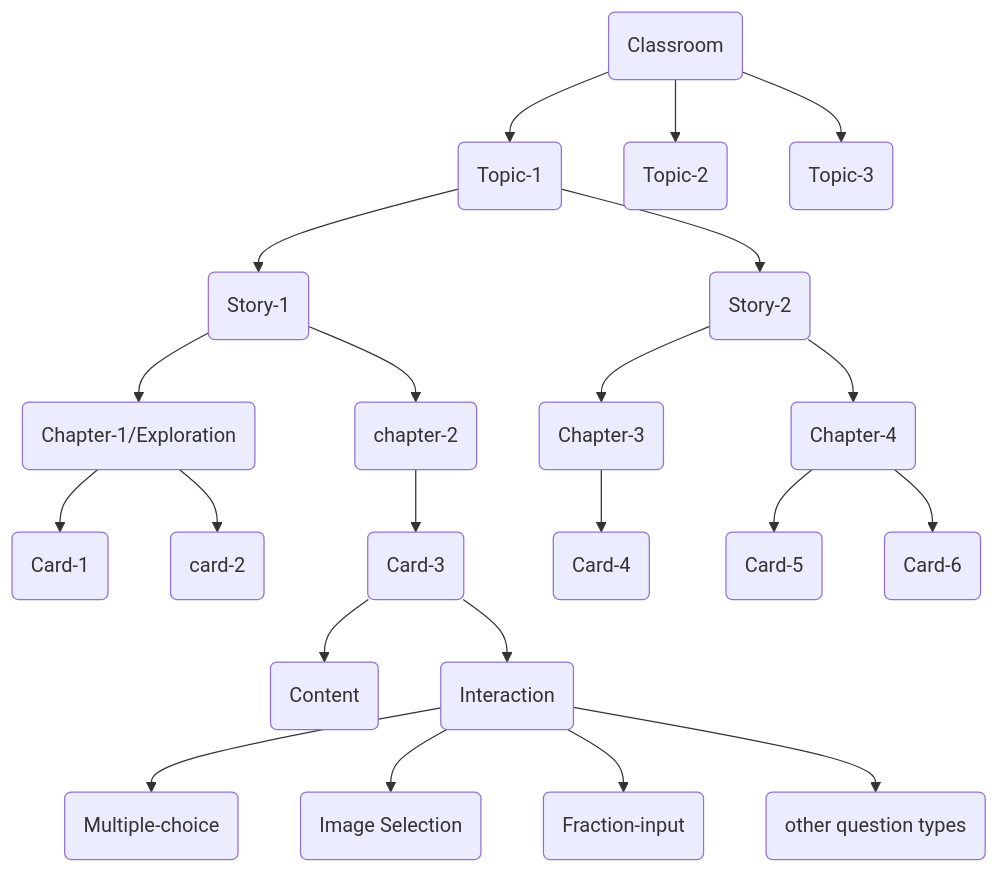
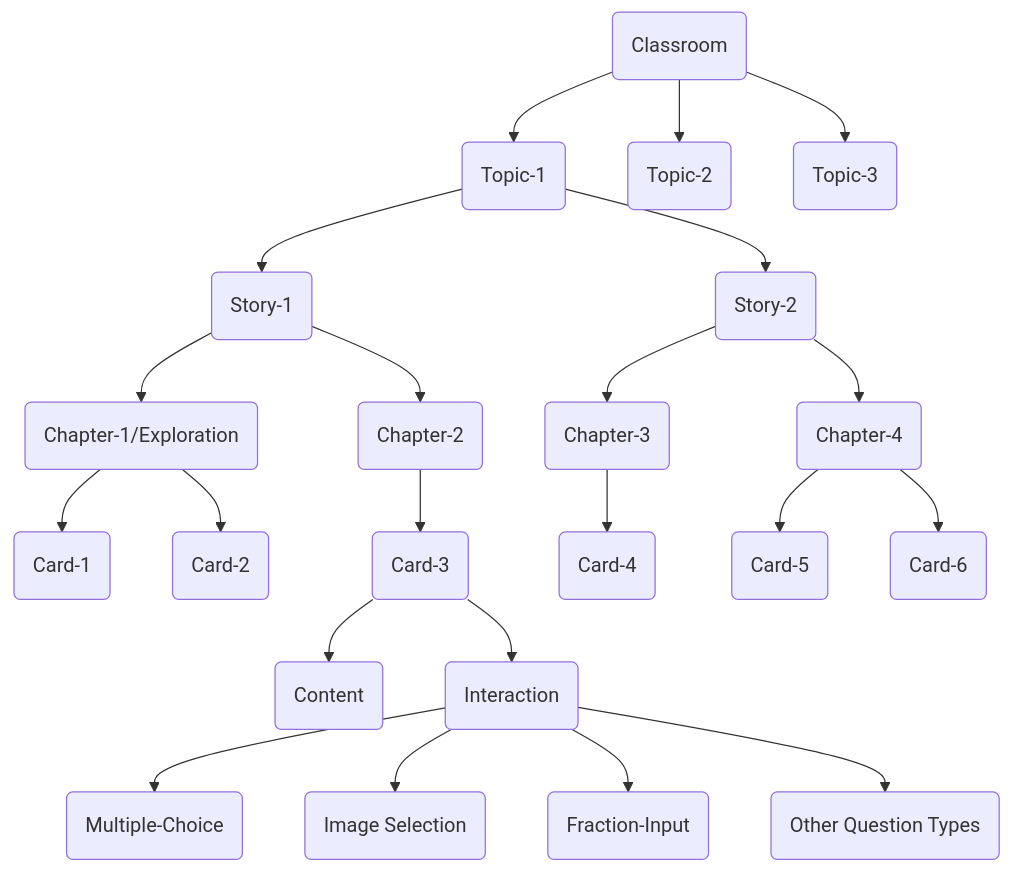
Before and after one commit to oppia/oppia-web-developer-docs: the diagram in How-to-access-Oppia-webpages.md, drawn with Mermaid. The commit also changed other lines of this file, not shown here.

````diff
--- a/How-to-access-Oppia-webpages.md
+++ b/How-to-access-Oppia-webpages.md
@@ -151,24 +136,24 @@
 ```mermaid
 flowchart TD
 C("Classroom") --> T1("Topic-1")
 C --> T2("Topic-2")
 C --> T3("Topic-3")
 T1 --> S1("Story-1")
 T1 --> S2("Story-2")
 S1 --> C1("Chapter-1/Exploration")
 C1 --> c1("Card-1")
-C1 --> c2("card-2")
-S1 --> C2("chapter-2")
+C1 --> c2("Card-2")
+S1 --> C2("Chapter-2")
 C2 --> c3("Card-3")
 c3 --> co("Content")
 c3 --> in("Interaction")
-in --> mc("Multiple-choice")
+in --> mc("Multiple-Choice")
 in --> is("Image Selection")
-in --> fi("Fraction-input")
-in --> oqt("other question types")
+in --> fi("Fraction-Input")
+in --> oqt("Other Question Types")
 S2 --> C3("Chapter-3")
 S2 --> C4("Chapter-4")
 C3 --> c4("Card-4")
 C4 --> c5("Card-5")
 C4 --> c6("Card-6")
 ```
````
